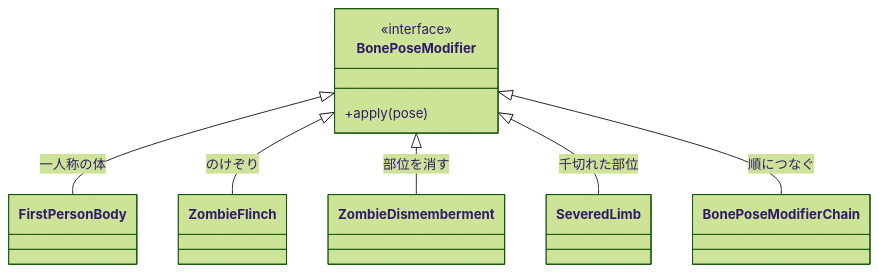
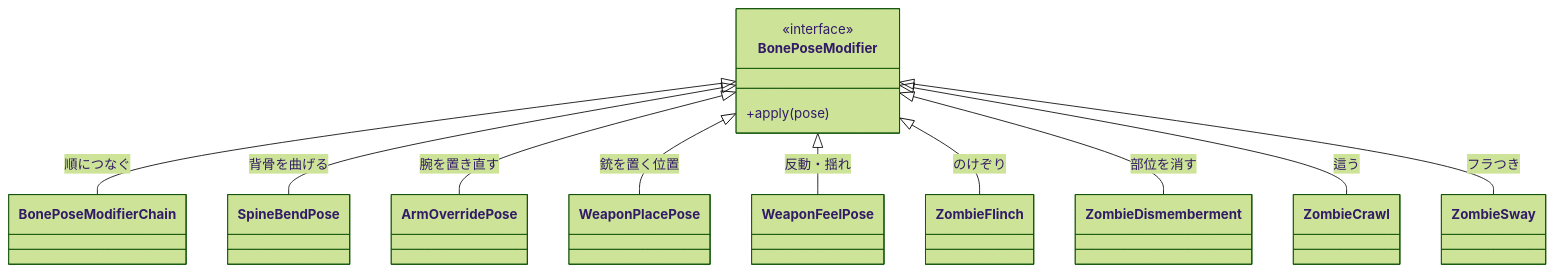
The fifth of 7 diagrams in SummaryPlan/技術まとめ_ポートフォリオ.md (madoromi05/LastDrop), drawn with Mermaid (forest theme) before and after one commit. The commit also changed other lines of this file and 88 other files, not shown here.

````diff
--- a/SummaryPlan/技術まとめ_ポートフォリオ.md
+++ b/SummaryPlan/技術まとめ_ポートフォリオ.md
@@ -241,12 +307,16 @@
 ```mermaid
 classDiagram
     class BonePoseModifier {
         <<interface>>
         +apply(pose)
     }
-    BonePoseModifier <|-- FirstPersonBody : 一人称の体
+    BonePoseModifier <|-- BonePoseModifierChain : 順につなぐ
+    BonePoseModifier <|-- SpineBendPose : 背骨を曲げる
+    BonePoseModifier <|-- ArmOverridePose : 腕を置き直す
+    BonePoseModifier <|-- WeaponPlacePose : 銃を置く位置
+    BonePoseModifier <|-- WeaponFeelPose : 反動・揺れ
     BonePoseModifier <|-- ZombieFlinch : のけぞり
     BonePoseModifier <|-- ZombieDismemberment : 部位を消す
-    BonePoseModifier <|-- SeveredLimb : 千切れた部位
-    BonePoseModifier <|-- BonePoseModifierChain : 順につなぐ
+    BonePoseModifier <|-- ZombieCrawl : 這う
+    BonePoseModifier <|-- ZombieSway : フラつき
 ```
````
